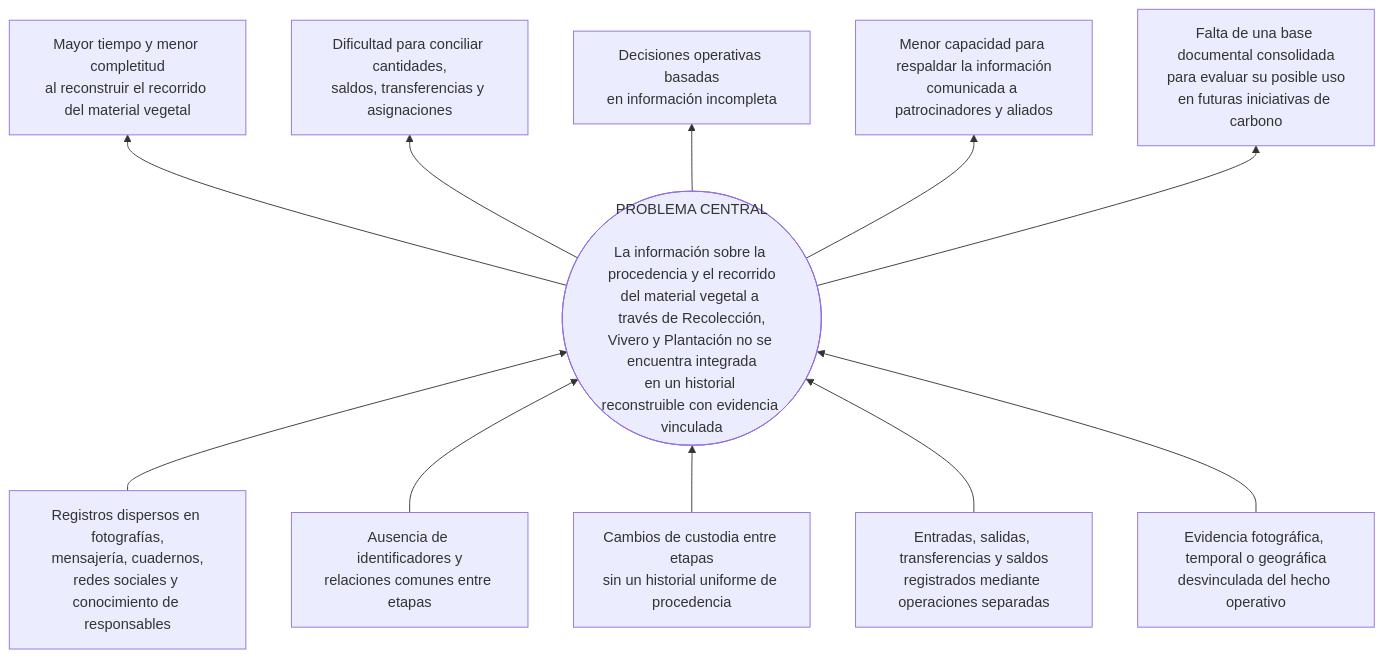
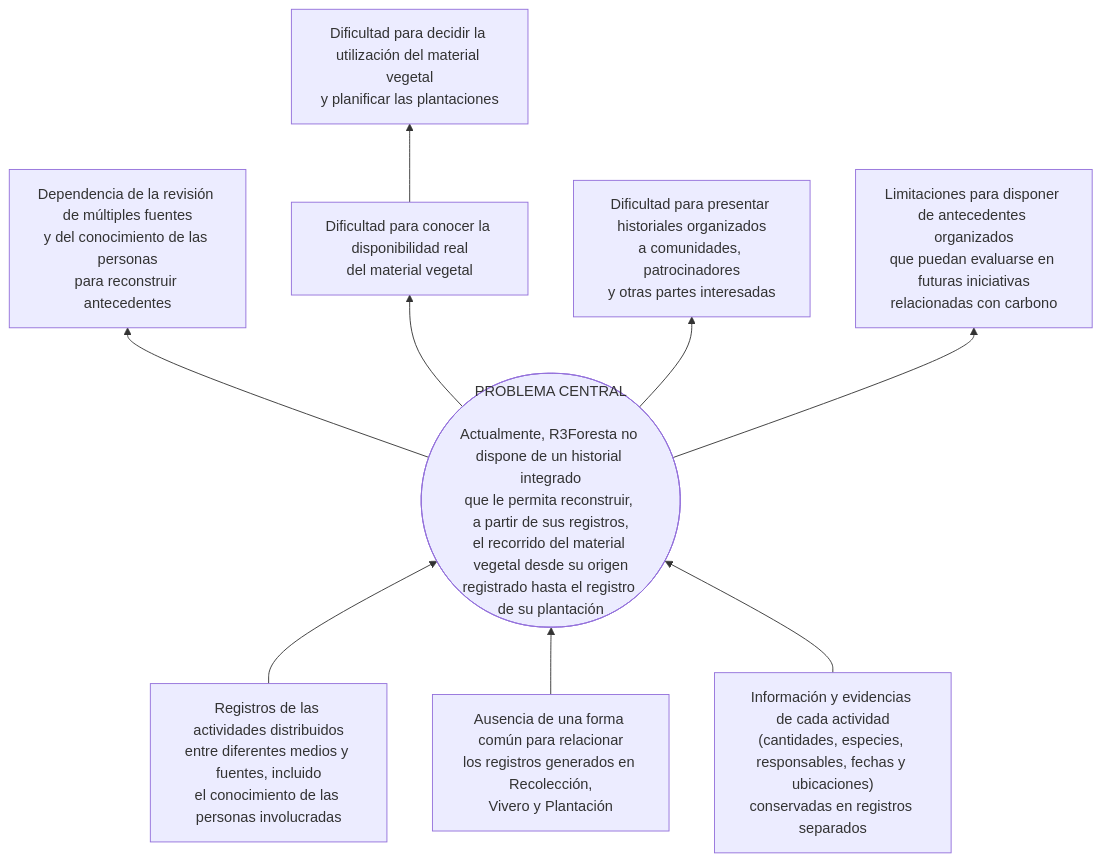
One commit to R3foresta/r3foresta-docs changed the second of 2 diagrams in documentacion-grado/06_entregables/perfil/PERFIL_PROYECTO_GRADO.md. Above: the diagram before and after it, drawn with Mermaid. The commit also changed other lines of this file and 8 other files, not shown here.

Commit message:
docs: unificar árbol de problemas y origen registrado

````diff
--- a/documentacion-grado/06_entregables/perfil/PERFIL_PROYECTO_GRADO.md
+++ b/documentacion-grado/06_entregables/perfil/PERFIL_PROYECTO_GRADO.md
@@ -400,27 +400,23 @@
 ```mermaid
 flowchart BT
-    C1["Registros dispersos en fotografías,<br/>mensajería, cuadernos,<br/>redes sociales y conocimiento de responsables"]
-    C2["Ausencia de identificadores y<br/>relaciones comunes entre etapas"]
-    C3["Cambios de custodia entre etapas<br/>sin un historial uniforme de procedencia"]
-    C4["Entradas, salidas, transferencias y saldos<br/>registrados mediante operaciones separadas"]
-    C5["Evidencia fotográfica, temporal o geográfica<br/>desvinculada del hecho operativo"]
+    C1["Registros de las actividades distribuidos<br/>entre diferentes medios y fuentes, incluido<br/>el conocimiento de las personas involucradas"]
+    C2["Ausencia de una forma común para relacionar<br/>los registros generados en Recolección,<br/>Vivero y Plantación"]
+    C3["Información y evidencias de cada actividad<br/>(cantidades, especies, responsables, fechas y ubicaciones)<br/>conservadas en registros separados"]
 
-    P(["PROBLEMA CENTRAL<br/><br/>La información sobre la procedencia y el recorrido<br/>del material vegetal a través de Recolección,<br/>Vivero y Plantación no se encuentra integrada<br/>en un historial reconstruible con evidencia vinculada"])
+    P(["PROBLEMA CENTRAL<br/><br/>Actualmente, R3Foresta no dispone de un historial integrado<br/>que le permita reconstruir, a partir de sus registros,<br/>el recorrido del material vegetal desde su origen<br/>registrado hasta el registro de su plantación"])
 
-    E1["Mayor tiempo y menor completitud<br/>al reconstruir el recorrido del material vegetal"]
-    E2["Dificultad para conciliar cantidades,<br/>saldos, transferencias y asignaciones"]
-    E3["Decisiones operativas basadas<br/>en información incompleta"]
-    E4["Menor capacidad para respaldar la información<br/>comunicada a patrocinadores y aliados"]
-    E5["Falta de una base documental consolidada<br/>para evaluar su posible uso<br/>en futuras iniciativas de carbono"]
+    E1["Dependencia de la revisión de múltiples fuentes<br/>y del conocimiento de las personas<br/>para reconstruir antecedentes"]
+    E2["Dificultad para conocer la disponibilidad real<br/>del material vegetal"]
+    E3["Dificultad para decidir la utilización del material vegetal<br/>y planificar las plantaciones"]
+    E4["Dificultad para presentar historiales organizados<br/>a comunidades, patrocinadores<br/>y otras partes interesadas"]
+    E5["Limitaciones para disponer de antecedentes organizados<br/>que puedan evaluarse en futuras iniciativas<br/>relacionadas con carbono"]
 
     C1 --> P
     C2 --> P
     C3 --> P
-    C4 --> P
-    C5 --> P
     P --> E1
     P --> E2
-    P --> E3
+    E2 --> E3
     P --> E4
     P --> E5
 ```
````
